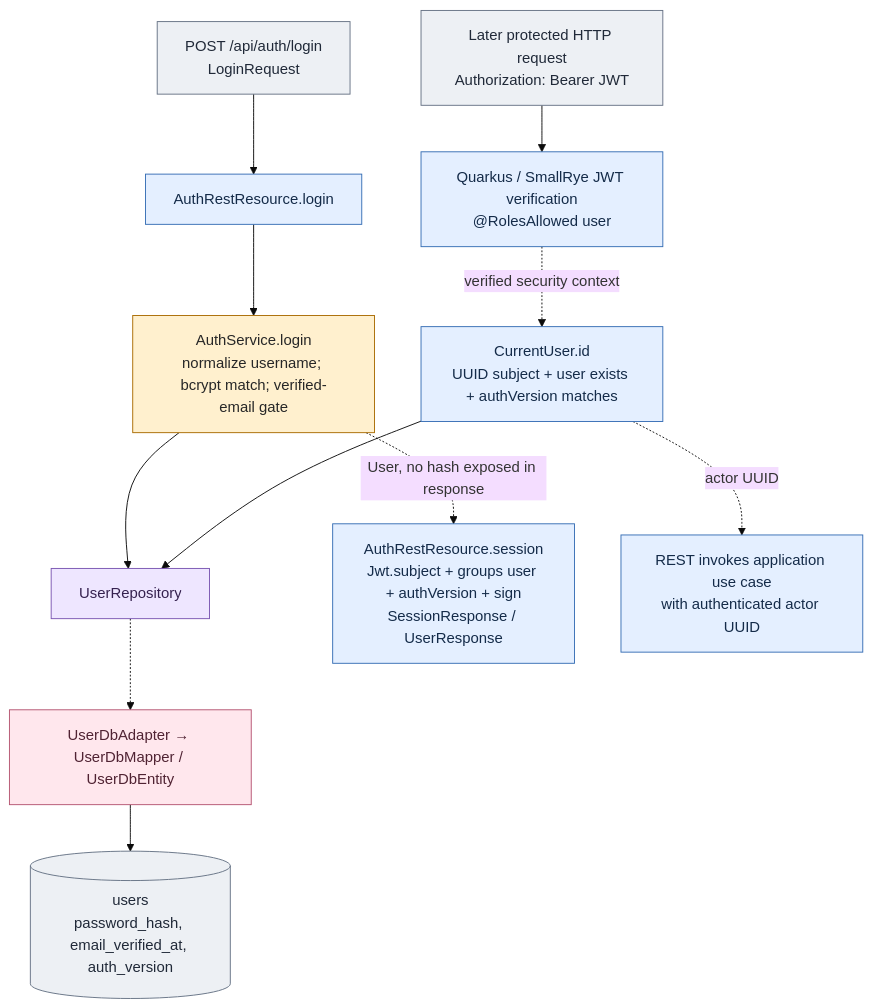
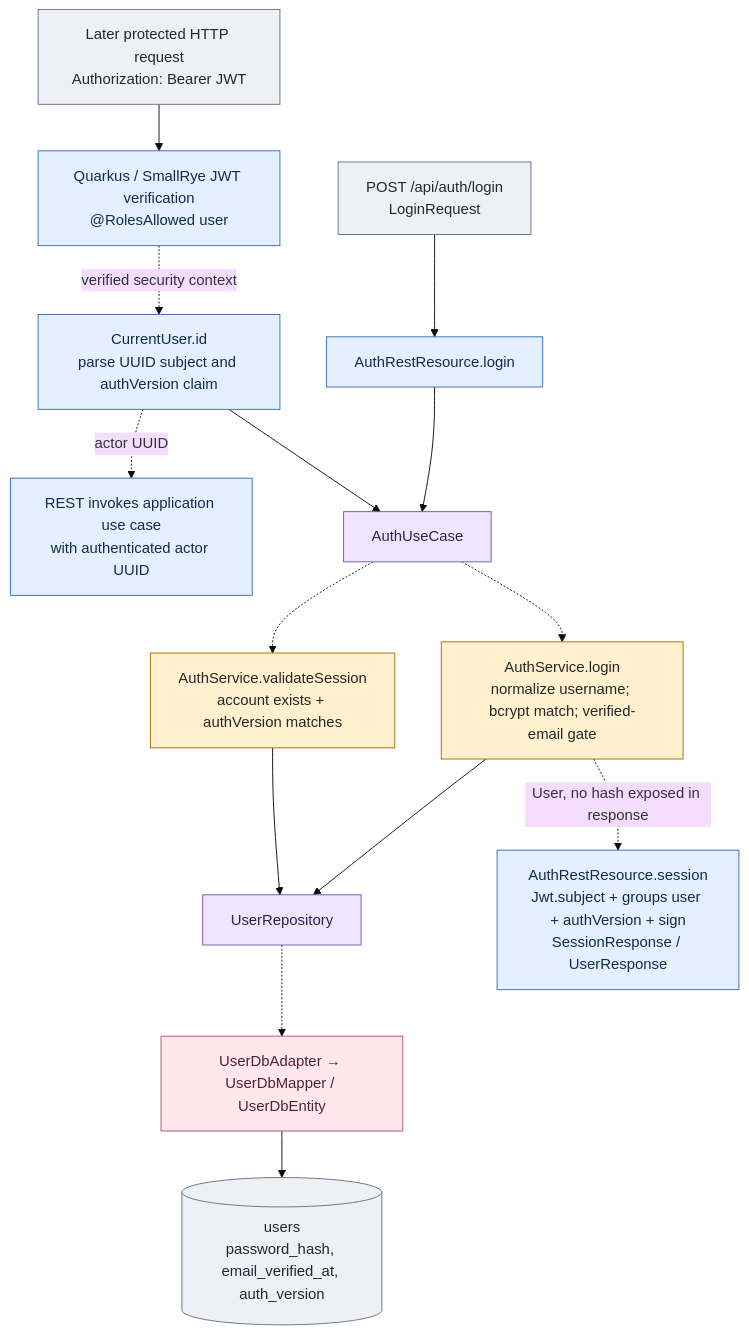
Before and after one commit to alexungu04genoff/RingLab: diagram 17 of 31 in docs/architecture-atlas.md, drawn with Mermaid (base theme). The commit also changed other lines of this file and 100 other files, not shown here.

````diff
--- a/docs/architecture-atlas.md
+++ b/docs/architecture-atlas.md
@@ -1010,26 +1041,27 @@
 ```mermaid
 flowchart TB
   login["POST /api/auth/login<br/>LoginRequest"]:::outside
   rest["AuthRestResource.login"]:::rest
   svc["AuthService.login<br/>normalize username; bcrypt match; verified-email gate"]:::app
   port["UserRepository"]:::port
   db["UserDbAdapter → UserDbMapper / UserDbEntity"]:::adapter
   table[("users<br/>password_hash, email_verified_at, auth_version")]:::outside
   jwt["AuthRestResource.session<br/>Jwt.subject + groups user + authVersion + sign<br/>SessionResponse / UserResponse"]:::rest
   next["Later protected HTTP request<br/>Authorization: Bearer JWT"]:::outside
   framework["Quarkus / SmallRye JWT verification<br/>@RolesAllowed user"]:::rest
-  actor["CurrentUser.id<br/>UUID subject + user exists + authVersion matches"]:::rest
+  actor["CurrentUser.id<br/>parse UUID subject and authVersion claim"]:::rest
   usecase["REST invokes application use case<br/>with authenticated actor UUID"]:::rest
-  login --> rest --> svc --> port
+  login --> rest --> input["AuthUseCase"]:::port -.-> svc --> port
   port -.-> db --> table
   svc -.->|"User, no hash exposed in response"| jwt
   next --> framework
   framework -.->|"verified security context"| actor
-  actor --> port
+  actor --> input
+  input -.-> validate["AuthService.validateSession<br/>account exists + authVersion matches"]:::app --> port
   actor -.->|"actor UUID"| usecase
   classDef rest fill:#e4efff,stroke:#356db4,color:#142b49
   classDef app fill:#fff0ce,stroke:#a96b00,color:#272727
   classDef port fill:#eee6ff,stroke:#7954b1,color:#35214f
   classDef adapter fill:#ffe7ed,stroke:#b45370,color:#502333
   classDef outside fill:#edf0f4,stroke:#657184,color:#202938
 ```
````
